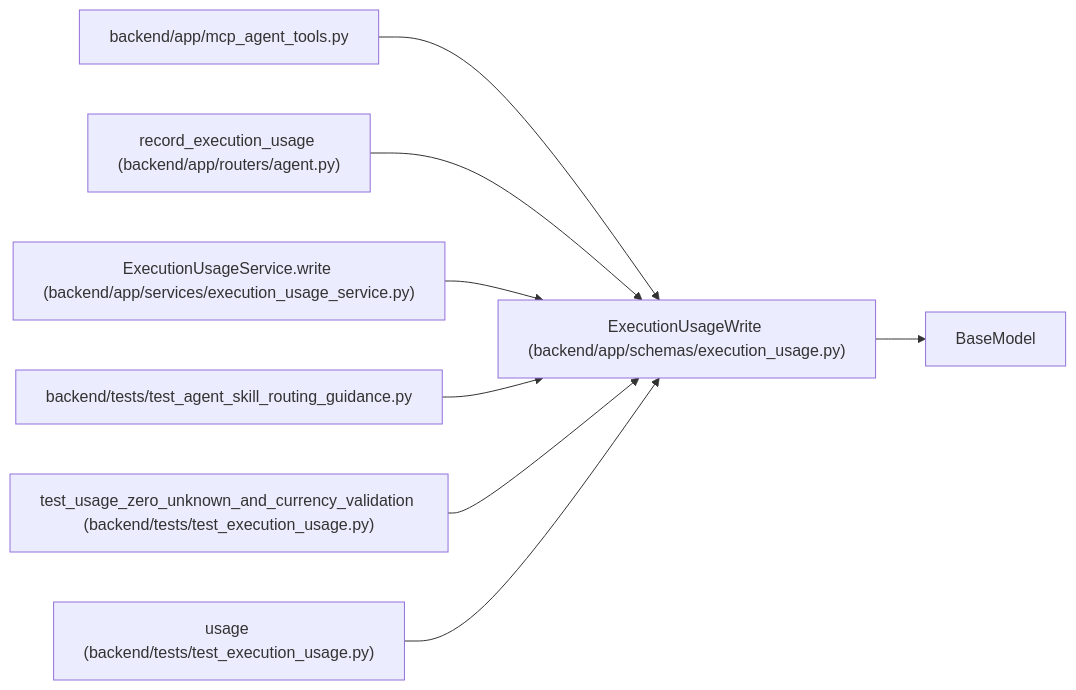
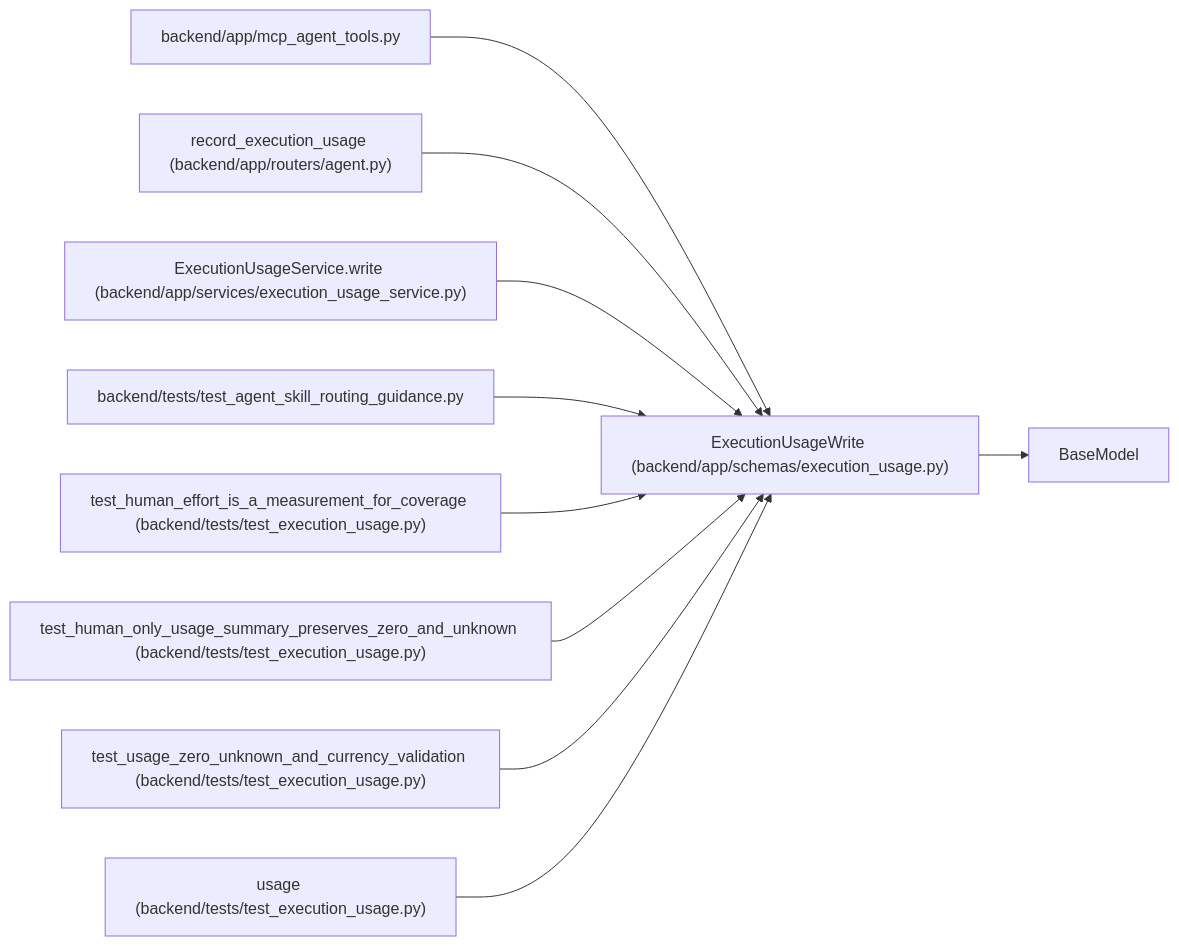
The diagram in docs/llm_wiki/entities/ExecutionUsageWrite.md (Denissvgn/WorkChord), drawn with Mermaid before and after one commit. The commit also changed other lines of this file and 335 other files, not shown here.

Commit message:
docs(wiki): record bounded history and effort coverage rules

````diff
--- a/docs/llm_wiki/entities/ExecutionUsageWrite.md
+++ b/docs/llm_wiki/entities/ExecutionUsageWrite.md
@@ -51,25 +51,31 @@
 ```mermaid
 flowchart LR
     n0["ExecutionUsageWrite (backend/app/schemas/execution_usage.py)"]
     n1["BaseModel"]
     n2["backend/app/mcp_agent_tools.py"]
     n3["record_execution_usage (backend/app/routers/agent.py)"]
     n4["ExecutionUsageService.write (backend/app/services/execution_usage_service.py)"]
     n5["backend/tests/test_agent_skill_routing_guidance.py"]
-    n6["test_usage_zero_unknown_and_currency_validation (backend/tests/test_execution_usage.py)"]
-    n7["usage (backend/tests/test_execution_usage.py)"]
+    n6["test_human_effort_is_a_measurement_for_coverage (backend/tests/test_execution_usage.py)"]
+    n7["test_human_only_usage_summary_preserves_zero_and_unknown (backend/tests/test_execution_usage.py)"]
+    n8["test_usage_zero_unknown_and_currency_validation (backend/tests/test_execution_usage.py)"]
+    n9["usage (backend/tests/test_execution_usage.py)"]
     n0 --> n1
     n2 --> n0
     n3 --> n0
     n4 --> n0
     n5 --> n0
     n6 --> n0
     n7 --> n0
+    n8 --> n0
+    n9 --> n0
     click n0 "../modules/schemas_execution_usage.md"
     click n2 "../modules/mcp_agent_tools.md"
     click n3 "../modules/routers_agent.md"
     click n4 "../modules/execution_usage_service.md"
     click n5 "../modules/test_agent_skill_routing_guidance.md"
     click n6 "../modules/test_execution_usage.md"
     click n7 "../modules/test_execution_usage.md"
+    click n8 "../modules/test_execution_usage.md"
+    click n9 "../modules/test_execution_usage.md"
 ```
````
